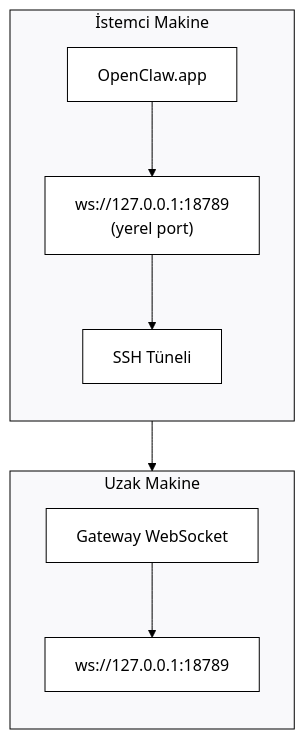
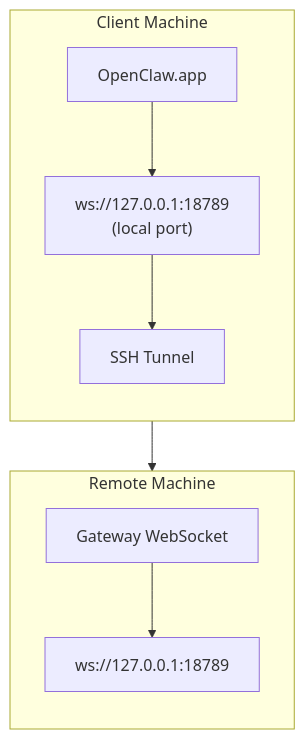
The diagram in tr/gateway/remote-gateway-readme.md (johnakelly-yahoo-com/veiseule-openclaw), drawn with Mermaid before and after one commit. The commit also changed other lines of this file and 7264 other files, not shown here.

````diff
--- a/tr/gateway/remote-gateway-readme.md
+++ b/tr/gateway/remote-gateway-readme.md
@@ -11,36 +13,20 @@
 ```mermaid
-%%{init: {
-  'theme': 'base',
-  'themeVariables': {
-    'primaryColor': '#ffffff',
-    'primaryTextColor': '#000000',
-    'primaryBorderColor': '#000000',
-    'lineColor': '#000000',
-    'secondaryColor': '#f9f9fb',
-    'tertiaryColor': '#ffffff',
-    'clusterBkg': '#f9f9fb',
-    'clusterBorder': '#000000',
-    'nodeBorder': '#000000',
-    'mainBkg': '#ffffff',
-    'edgeLabelBackground': '#ffffff'
-  }
-}}%%
 flowchart TB
-    subgraph Client["İstemci Makine"]
+    subgraph Client["Client Machine"]
         direction TB
         A["OpenClaw.app"]
-        B["ws://127.0.0.1:18789\n(yerel port)"]
-        T["SSH Tüneli"]
+        B["ws://127.0.0.1:18789\n(local port)"]
+        T["SSH Tunnel"]
 
         A --> B
         B --> T
     end
-    subgraph Remote["Uzak Makine"]
+    subgraph Remote["Remote Machine"]
         direction TB
         C["Gateway WebSocket"]
         D["ws://127.0.0.1:18789"]
 
         C --> D
     end
     T --> C
 ```
````
